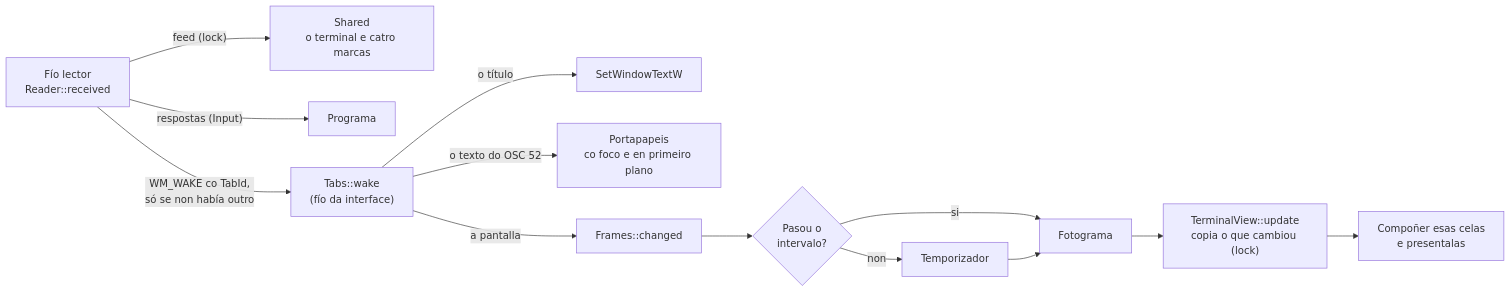
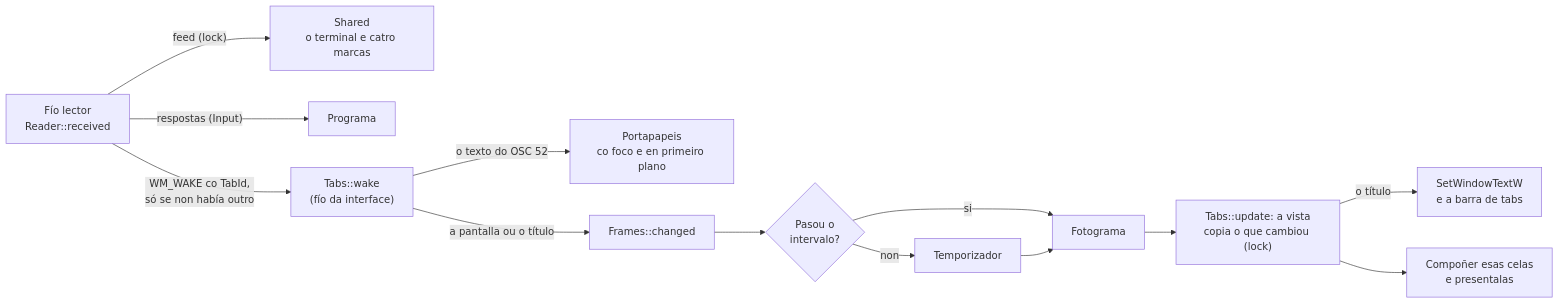
The fifth of 16 diagrams in docs/arquitectura.md (NewHouses/meiga), drawn with Mermaid before and after one commit. The commit also changed other lines of this file and 37 other files, not shown here.

````diff
--- a/docs/arquitectura.md
+++ b/docs/arquitectura.md
@@ -142,15 +143,15 @@
 ```mermaid
 flowchart LR
     reader["Fío lector<br/>Reader::received"] -- "feed (lock)" --> shared["Shared<br/>o terminal e catro marcas"]
     reader -- "respostas (Input)" --> program["Programa"]
     reader -- "WM_WAKE co TabId,<br/>só se non había outro" --> wake["Tabs::wake<br/>(fío da interface)"]
-    wake -- "o título" --> title["SetWindowTextW"]
     wake -- "o texto do OSC 52" --> clip["Portapapeis<br/>co foco e en primeiro plano"]
-    wake -- "a pantalla" --> frames["Frames::changed"]
+    wake -- "a pantalla ou o título" --> frames["Frames::changed"]
     frames --> pacer{"Pasou o<br/>intervalo?"}
     pacer -- "si" --> frame["Fotograma"]
     pacer -- "non" --> timer["Temporizador"]
     timer --> frame
-    frame --> update["TerminalView::update<br/>copia o que cambiou (lock)"]
+    frame --> update["Tabs::update: a vista<br/>copia o que cambiou (lock)"]
+    update -- "o título" --> title["SetWindowTextW<br/>e a barra de tabs"]
     update --> draw["Compoñer esas celas<br/>e presentalas"]
 ```
````
